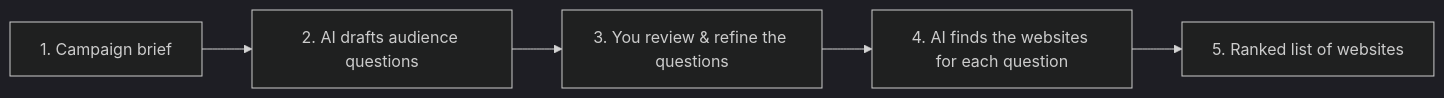
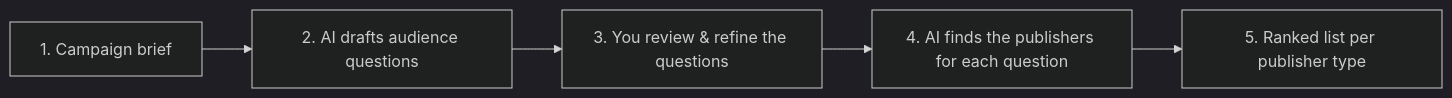
One commit to nitish-iiitd/adscope changed the diagram in docs/how-adscope-works.md. Above: the diagram before and after it, drawn with Mermaid (dark theme). The commit also changed other lines of this file and 38 other files, not shown here.

````diff
--- a/docs/how-adscope-works.md
+++ b/docs/how-adscope-works.md
@@ -60,7 +67,7 @@
 ```mermaid
 flowchart LR
     A[1. Campaign brief] --> B[2. AI drafts audience questions]
     B --> C[3. You review & refine the questions]
-    C --> D[4. AI finds the websites for each question]
-    D --> E[5. Ranked list of websites]
+    C --> D[4. AI finds the publishers for each question]
+    D --> E[5. Ranked list per publisher type]
 ```
````
